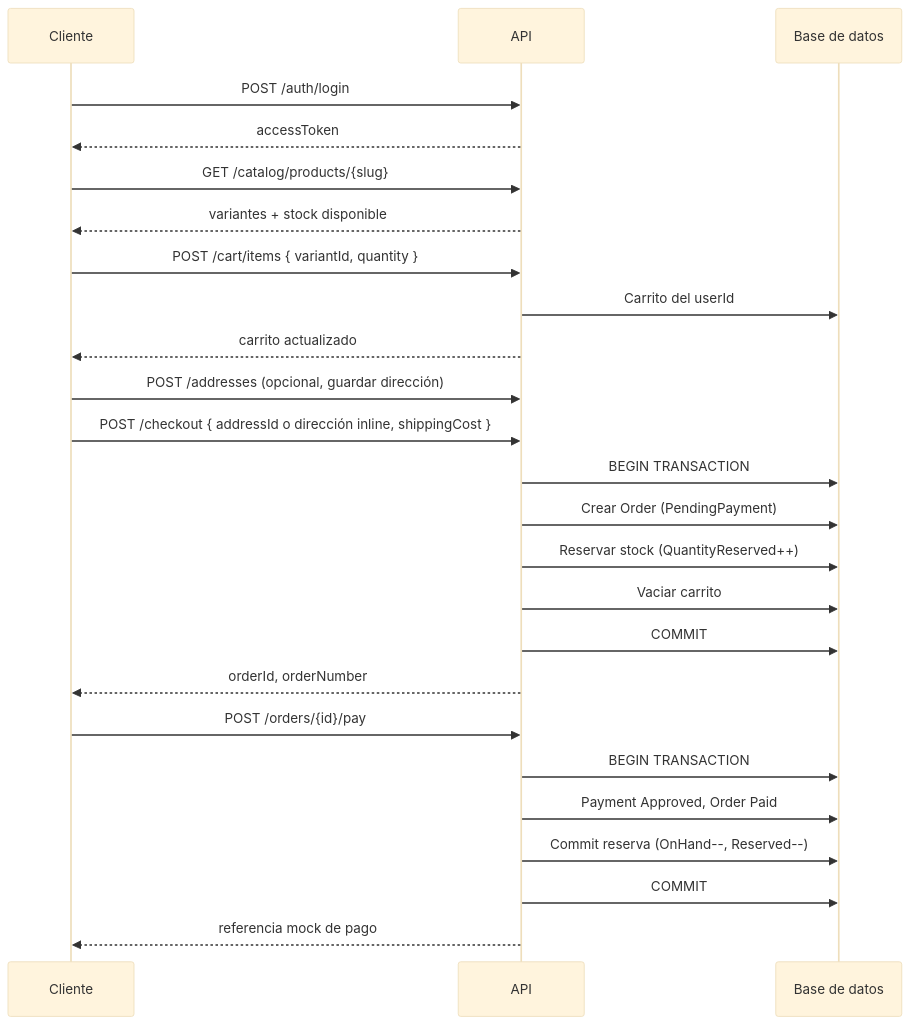
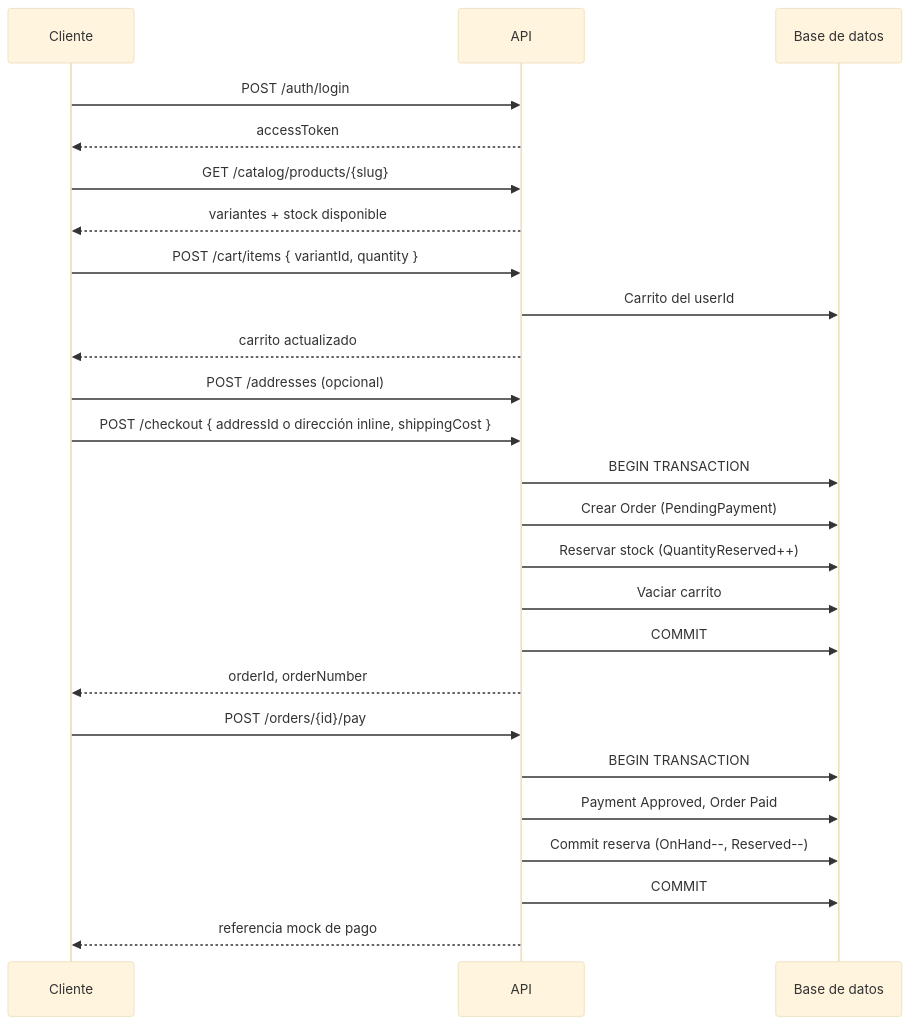
The diagram in docs/06-flujos-de-negocio.md (MickePrado-DEV/Ecommerce-api), drawn with Mermaid (base theme) before and after one commit. The commit also changed other lines of this file and 96 other files, not shown here.

````diff
--- a/docs/06-flujos-de-negocio.md
+++ b/docs/06-flujos-de-negocio.md
@@ -5,32 +5,32 @@
 ```mermaid
 sequenceDiagram
     participant C as Cliente
     participant API as API
     participant DB as Base de datos
 
     C->>API: POST /auth/login
     API-->>C: accessToken
 
     C->>API: GET /catalog/products/{slug}
     API-->>C: variantes + stock disponible
 
     C->>API: POST /cart/items { variantId, quantity }
     API->>DB: Carrito del userId
     API-->>C: carrito actualizado
 
-    C->>API: POST /addresses (opcional, guardar dirección)
+    C->>API: POST /addresses (opcional)
     C->>API: POST /checkout { addressId o dirección inline, shippingCost }
     API->>DB: BEGIN TRANSACTION
     API->>DB: Crear Order (PendingPayment)
     API->>DB: Reservar stock (QuantityReserved++)
     API->>DB: Vaciar carrito
     API->>DB: COMMIT
     API-->>C: orderId, orderNumber
 
     C->>API: POST /orders/{id}/pay
     API->>DB: BEGIN TRANSACTION
     API->>DB: Payment Approved, Order Paid
     API->>DB: Commit reserva (OnHand--, Reserved--)
     API->>DB: COMMIT
     API-->>C: referencia mock de pago
 ```
````
